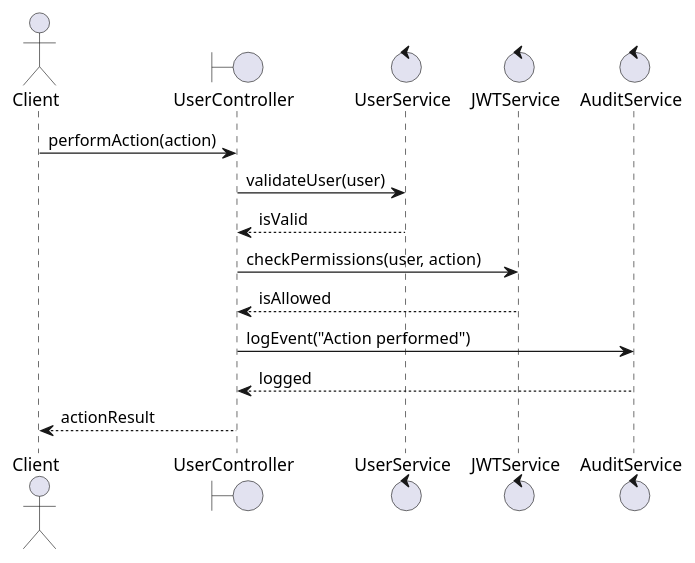
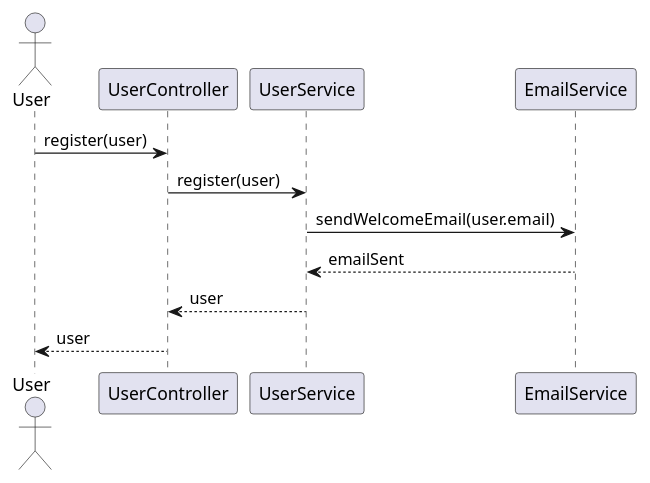
Before and after one commit to Dinesh-s95/AutoDoc.ai: the fourth of 6 diagrams in identityprovider/documentation/detaileddesign.adoc, drawn with PlantUML. The commit also changed other lines of this file and 11 other files, not shown here.

````diff
--- a/identityprovider/documentation/detaileddesign.adoc
+++ b/identityprovider/documentation/detaileddesign.adoc
@@ -375,19 +319,15 @@
-[plantuml, business-process-flow, png]
-----
+```plantuml
 @startuml
-actor Client
-boundary UserController
-control UserService
-control JWTService
-control AuditService
+actor User
+participant UserController
+participant UserService
+participant EmailService
 
-Client -> UserController : performAction(action)
-UserController -> UserService : validateUser(user)
-UserService --> UserController : isValid
-UserController -> JWTService : checkPermissions(user, action)
-JWTService --> UserController : isAllowed
-UserController -> AuditService : logEvent("Action performed")
-AuditService --> UserController : logged
-UserController --> Client : actionResult
+User -> UserController : register(user)
+UserController -> UserService : register(user)
+UserService -> EmailService : sendWelcomeEmail(user.email)
+EmailService --> UserService : emailSent
+UserService --> UserController : user
+UserController --> User : user
 @enduml
-----
+```
````
